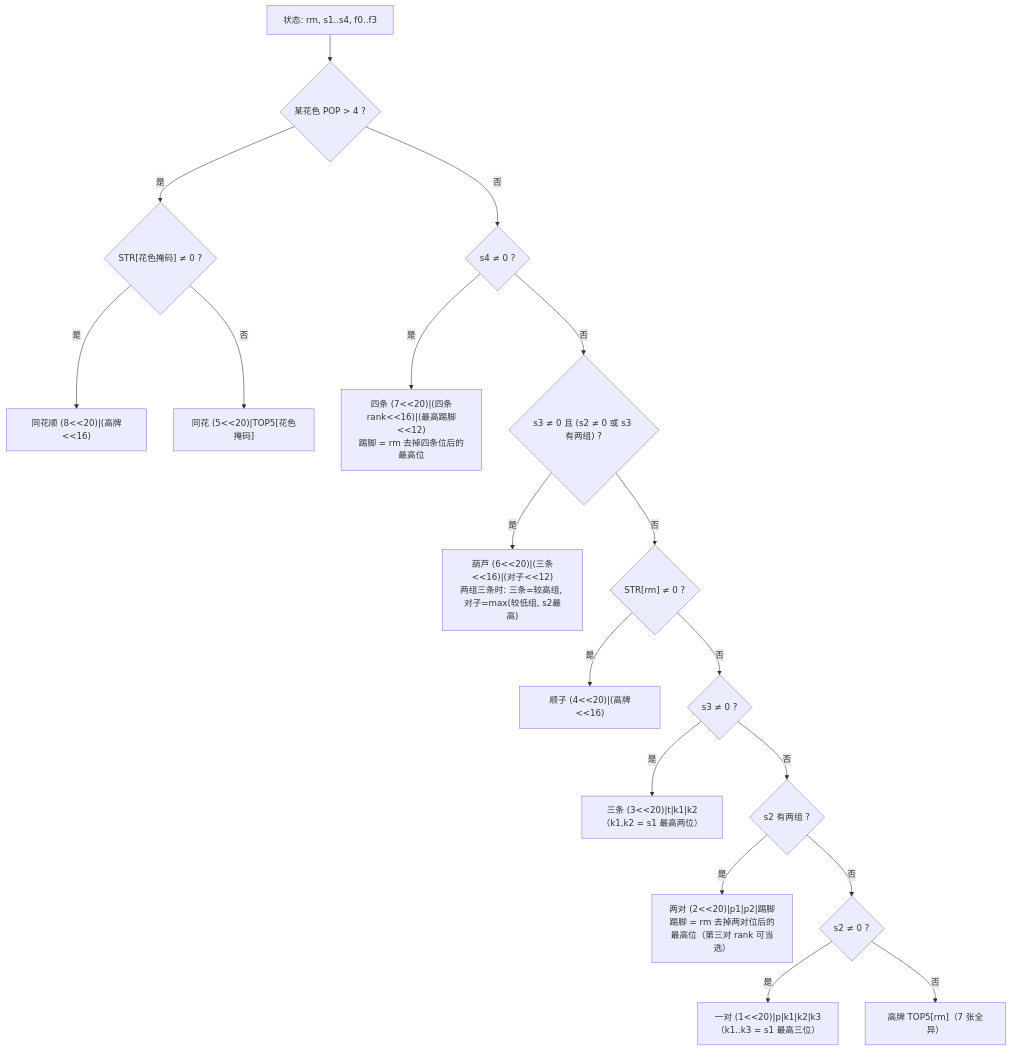
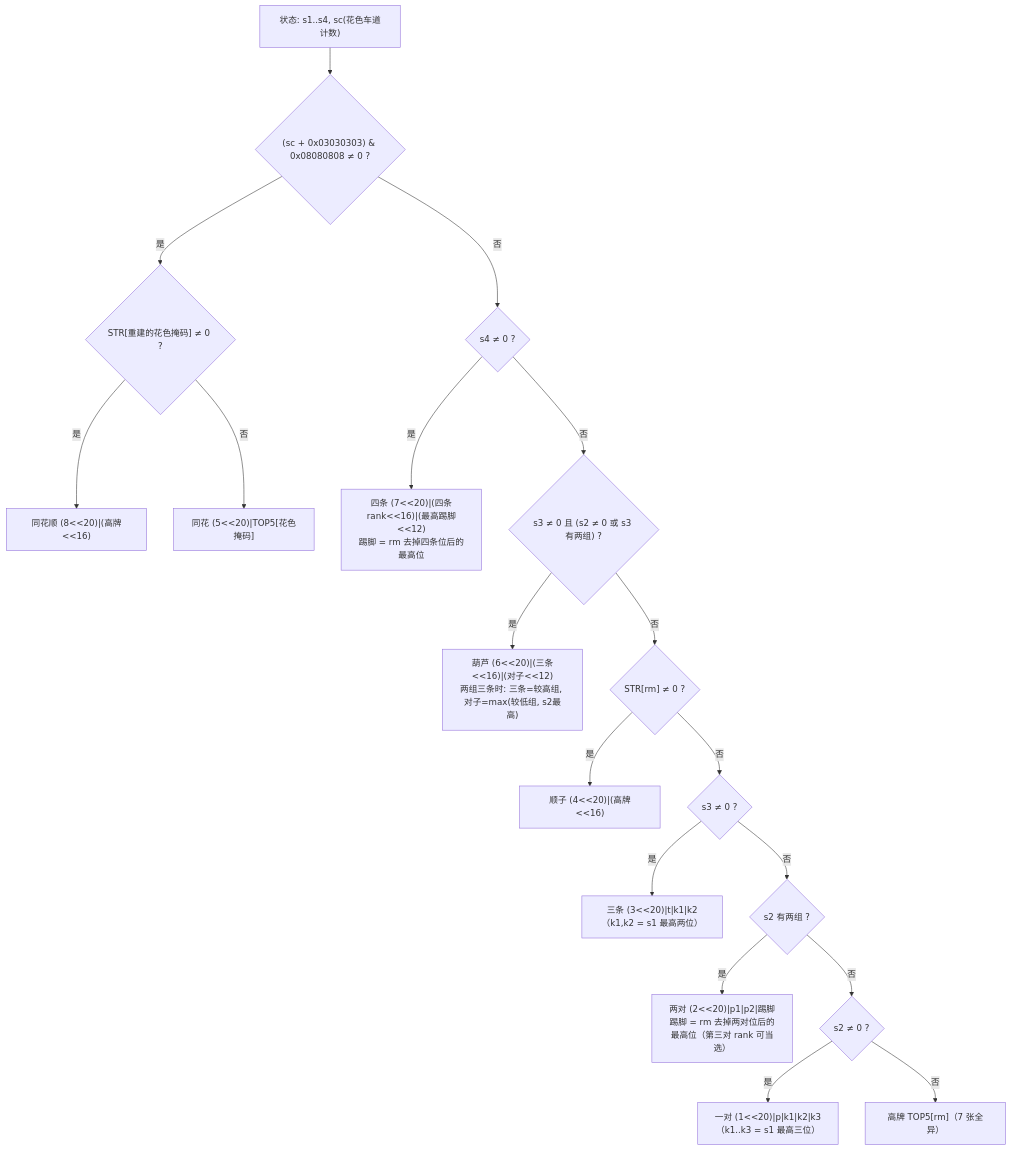
One commit to ahbencat/poker_calculator changed the third of 6 diagrams in docs/algorithm.md. Above: the diagram before and after it, drawn with Mermaid. The commit also changed other lines of this file and 5 other files, not shown here.

````diff
--- a/docs/algorithm.md
+++ b/docs/algorithm.md
@@ -129,20 +153,20 @@
 ```mermaid
 flowchart TD
-    S["状态: rm, s1..s4, f0..f3"] --> FL{"某花色 POP &gt; 4 ?"}
-    FL -->|是| SF{"STR[花色掩码] ≠ 0 ?"}
+    S["状态: s1..s4, sc(花色车道计数)"] --> FL{"(sc + 0x03030303) & 0x08080808 ≠ 0 ?"}
+    FL -->|是| SF{"STR[重建的花色掩码] ≠ 0 ?"}
     SF -->|是| R8["同花顺 (8<<20)|(高牌<<16)"]
     SF -->|否| R5["同花 (5<<20)|TOP5[花色掩码]"]
     FL -->|否| QD{"s4 ≠ 0 ?"}
     QD -->|是| R7["四条 (7<<20)|(四条rank<<16)|(最高踢脚<<12)<br/>踢脚 = rm 去掉四条位后的最高位"]
     QD -->|否| FH{"s3 ≠ 0 且 (s2 ≠ 0 或 s3 有两组) ?"}
     FH -->|是| R6["葫芦 (6<<20)|(三条<<16)|(对子<<12)<br/>两组三条时: 三条=较高组, 对子=max(较低组, s2最高)"]
     FH -->|否| ST{"STR[rm] ≠ 0 ?"}
     ST -->|是| R4["顺子 (4<<20)|(高牌<<16)"]
     ST -->|否| TR{"s3 ≠ 0 ?"}
     TR -->|是| R3["三条 (3<<20)|t|k1|k2（k1,k2 = s1 最高两位）"]
     TR -->|否| TP{"s2 有两组 ?"}
     TP -->|是| R2["两对 (2<<20)|p1|p2|踢脚<br/>踢脚 = rm 去掉两对位后的最高位（第三对 rank 可当选）"]
     TP -->|否| PA{"s2 ≠ 0 ?"}
     PA -->|是| R1["一对 (1<<20)|p|k1|k2|k3（k1..k3 = s1 最高三位）"]
     PA -->|否| HC["高牌 TOP5[rm]（7 张全异）"]
 ```
````
